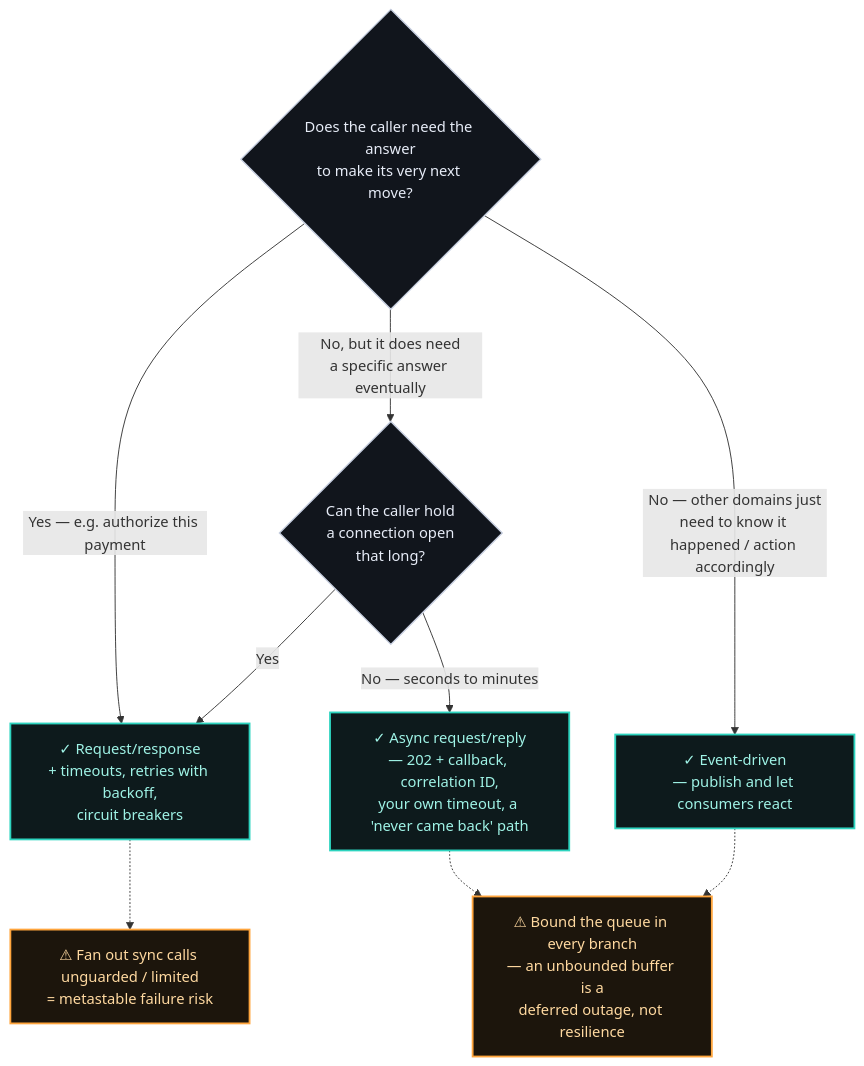
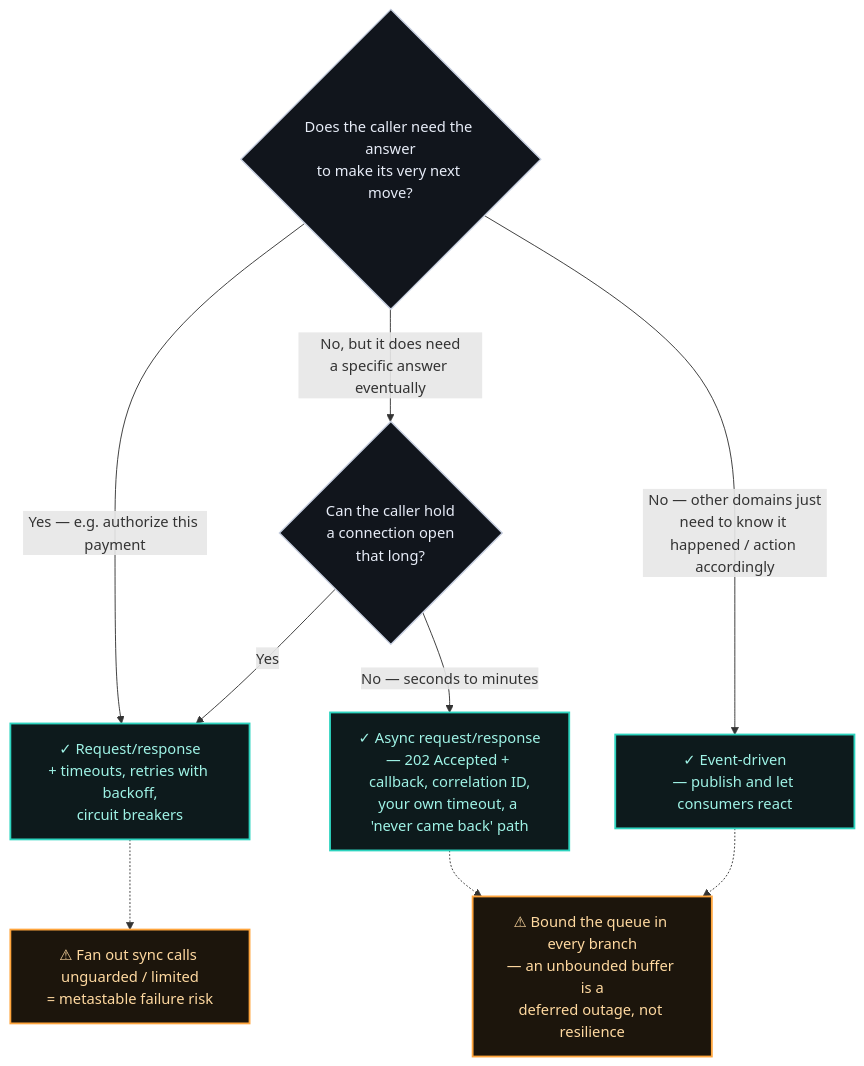
The fourth of 4 diagrams in adrs/005-coupling-across-domains.md (raghavarora12/engineering-playbook), drawn with Mermaid before and after one commit. The commit also changed other lines of this file and 10 other files, not shown here.

````diff
--- a/adrs/005-coupling-across-domains.md
+++ b/adrs/005-coupling-across-domains.md
@@ -176,19 +181,19 @@
 ```mermaid
 flowchart TD
     Q1{"Does the caller need the answer<br/>to make its very next move?"}
     Q1 -- "Yes — e.g. authorize this payment" --> RR["✓ Request/response<br/>+ timeouts, retries with backoff,<br/>circuit breakers"]
     Q1 -- "No, but it does need<br/>a specific answer eventually" --> Q2{"Can the caller hold<br/>a connection open<br/>that long?"}
-    Q2 -- "No — seconds to minutes" --> AR["✓ Async request/reply<br/>— 202 + callback, correlation ID,<br/>your own timeout, a 'never came back' path"]
+    Q2 -- "No — seconds to minutes" --> AR["✓ Async request/response<br/>— 202 Accepted + callback, correlation ID,<br/>your own timeout, a 'never came back' path"]
     Q2 -- "Yes" --> RR
     Q1 -- "No — other domains just<br/>need to know it happened / action accordingly" --> EV["✓ Event-driven<br/>— publish and let consumers react"]
     RR -.-> WARN["⚠ Fan out sync calls unguarded / limited<br/>= metastable failure risk"]
     AR -.-> BP["⚠ Bound the queue in every branch<br/>— an unbounded buffer is a<br/>deferred outage, not resilience"]
     EV -.-> BP
 
     classDef decision fill:#11151c,stroke:#c7cfe0,stroke-width:1.5px,color:#e7ecf7
     classDef good fill:#0d1a1c,stroke:#2dd4bf,stroke-width:2px,color:#9ff3e6
     classDef warn fill:#1c150c,stroke:#ffa53d,stroke-width:2px,color:#ffd9a0
     class Q1,Q2 decision
     class RR,AR,EV good
     class WARN,BP warn
 ```
````
